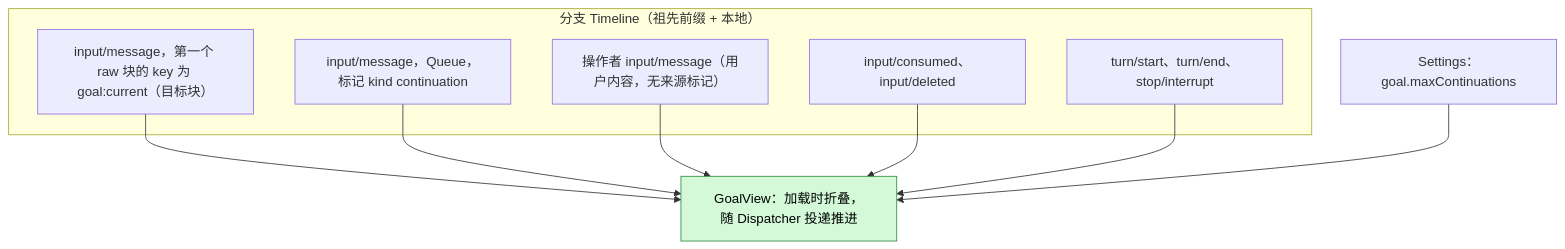
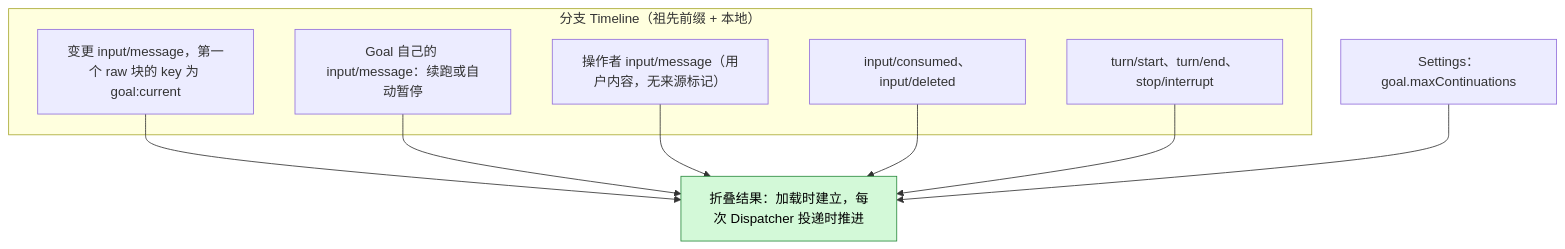
One commit to CoutinhoTTS/dim-agent changed the second of 6 diagrams in docs/zh/design/plugins/Goal.md. Above: the diagram before and after it, drawn with Mermaid. The commit also changed other lines of this file and 40 other files, not shown here.

````diff
--- a/docs/zh/design/plugins/Goal.md
+++ b/docs/zh/design/plugins/Goal.md
@@ -47,19 +50,19 @@
 ```mermaid
 flowchart TB
   subgraph TLB["分支 Timeline（祖先前缀 + 本地）"]
-    GBK["input/message，第一个 raw 块的 key 为 goal:current（目标块）"]
-    CI["input/message，Queue，标记 kind continuation"]
+    GBK["变更 input/message，第一个 raw 块的 key 为 goal:current"]
+    CI["Goal 自己的 input/message：续跑或自动暂停"]
     OI["操作者 input/message（用户内容，无来源标记）"]
     IC["input/consumed、input/deleted"]
     TE["turn/start、turn/end、stop/interrupt"]
   end
   CFG["Settings：goal.maxContinuations"]
-  VIEW["GoalView：加载时折叠，随 Dispatcher 投递推进"]:::new
+  VIEW["折叠结果：加载时建立，每次 Dispatcher 投递时推进"]:::new
   GBK --> VIEW
   CI --> VIEW
   OI --> VIEW
   IC --> VIEW
   TE --> VIEW
   CFG --> VIEW
   classDef new fill:#d3f9d8,stroke:#2b8a3e,color:#000
 ```
````
